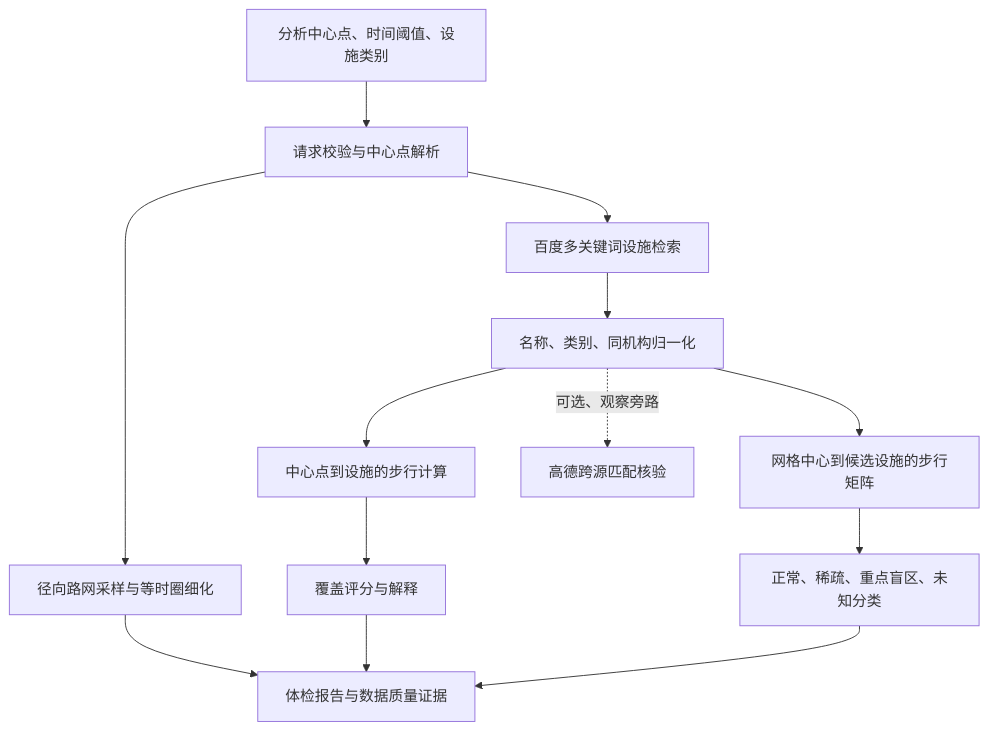
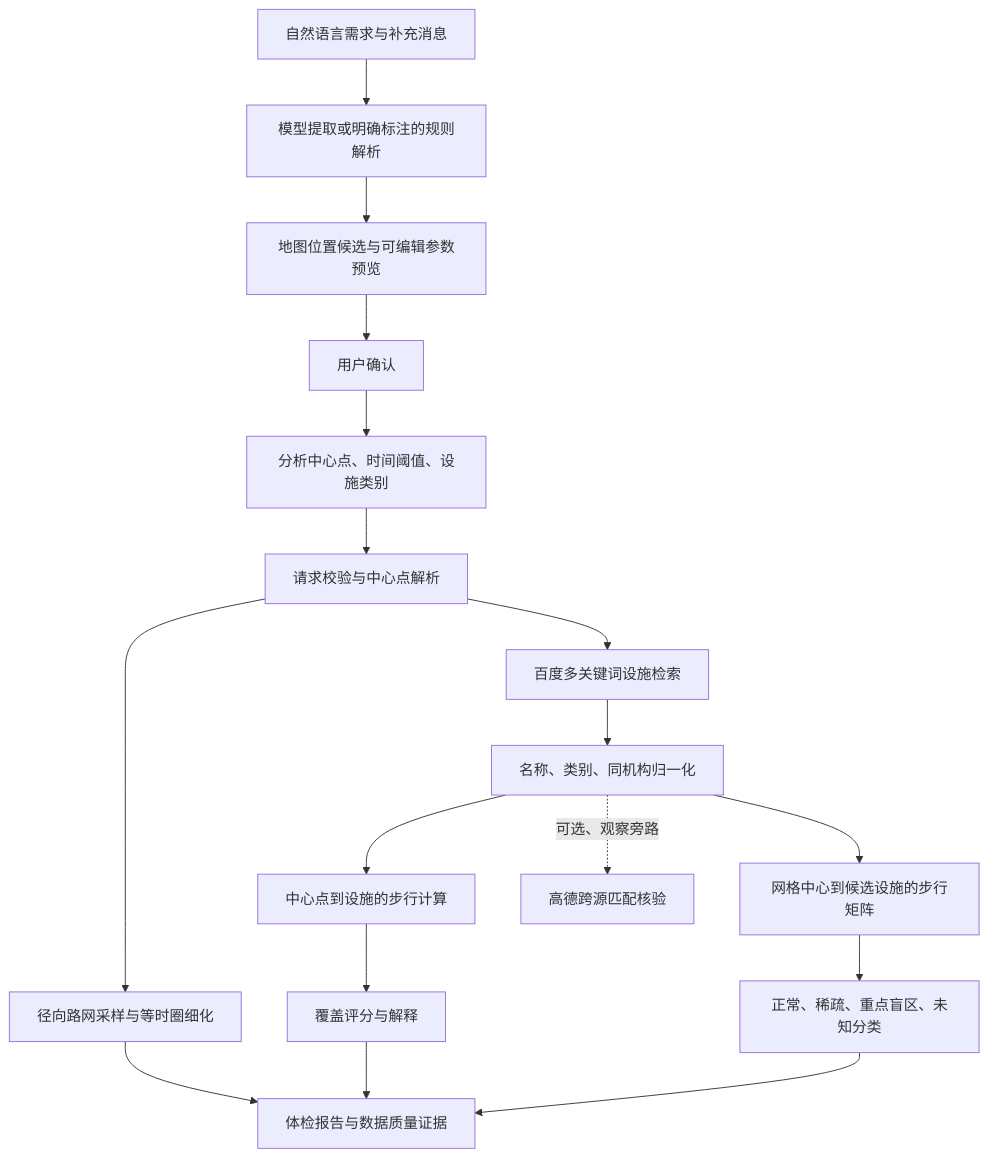
One commit to PengJunPJ/life-circle-assistant changed the diagram in docs/技术设计文档.md. Above: the diagram before and after it, drawn with Mermaid. The commit also changed other lines of this file and 23 other files, not shown here.

````diff
--- a/docs/技术设计文档.md
+++ b/docs/技术设计文档.md
@@ -25,15 +26,19 @@
 ```mermaid
 flowchart TD
+    N[自然语言需求与补充消息] --> P[模型提取或明确标注的规则解析]
+    P --> Q[地图位置候选与可编辑参数预览]
+    Q --> V[用户确认]
+    V --> A
     A[分析中心点、时间阈值、设施类别] --> B[请求校验与中心点解析]
     B --> C[百度多关键词设施检索]
     C --> D[名称、类别、同机构归一化]
     D --> E[中心点到设施的步行计算]
     D --> F[网格中心到候选设施的步行矩阵]
     B --> G[径向路网采样与等时圈细化]
     E --> H[覆盖评分与解释]
     F --> I[正常、稀疏、重点盲区、未知分类]
     G --> J[体检报告与数据质量证据]
     H --> J
     I --> J
     D -.可选、观察旁路.-> K[高德跨源匹配核验]
 ```
````
